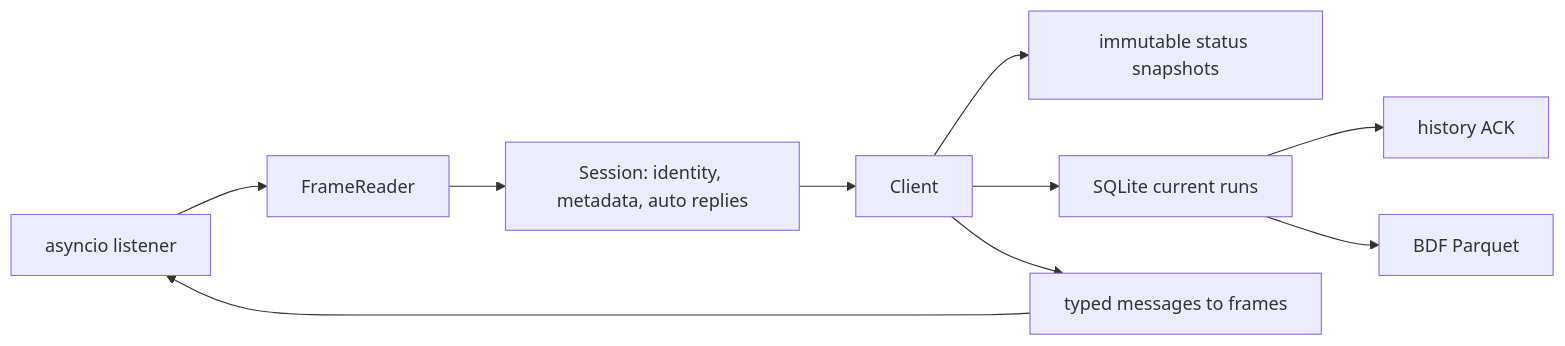
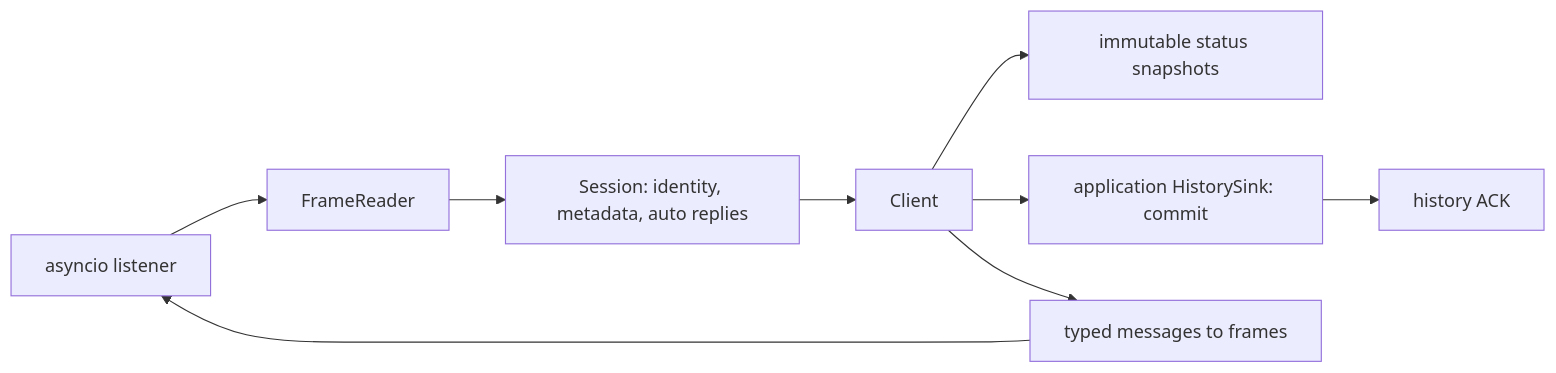
Before and after one commit to Interphases-Lab/neware8: the diagram in docs/architecture.md, drawn with Mermaid. The commit also changed other lines of this file and 25 other files, not shown here.

First line of the commit message:
Make neware8 a driver: deliver history to an application sink

````diff
--- a/docs/architecture.md
+++ b/docs/architecture.md
@@ -3,12 +3,11 @@
 ```mermaid
 flowchart LR
     TCP[asyncio listener] --> Reader[FrameReader]
     Reader --> Session[Session: identity, metadata, auto replies]
     Session --> Client
     Client --> Cache[immutable status snapshots]
-    Client --> Store[SQLite current runs]
-    Store --> ACK[history ACK]
-    Store --> Export[BDF Parquet]
+    Client --> Sink[application HistorySink: commit]
+    Sink --> ACK[history ACK]
     Client --> Frames[typed messages to frames]
     Frames --> TCP
 ```
````
